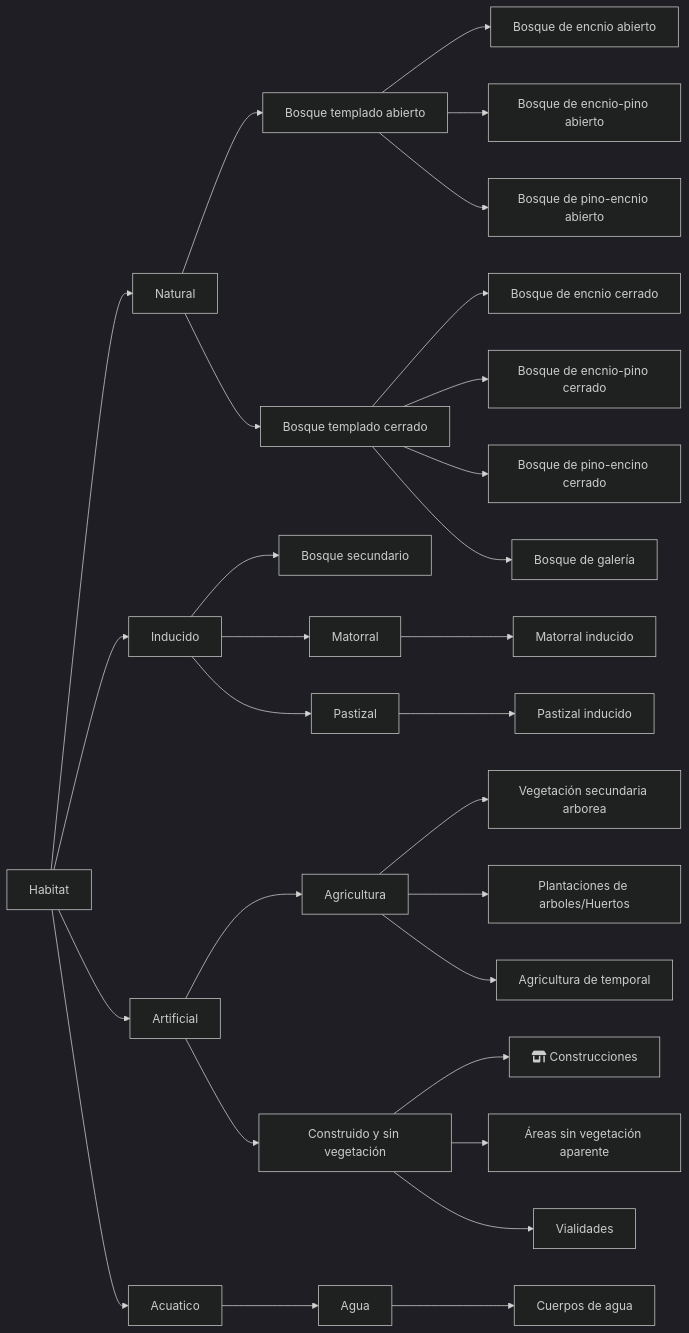
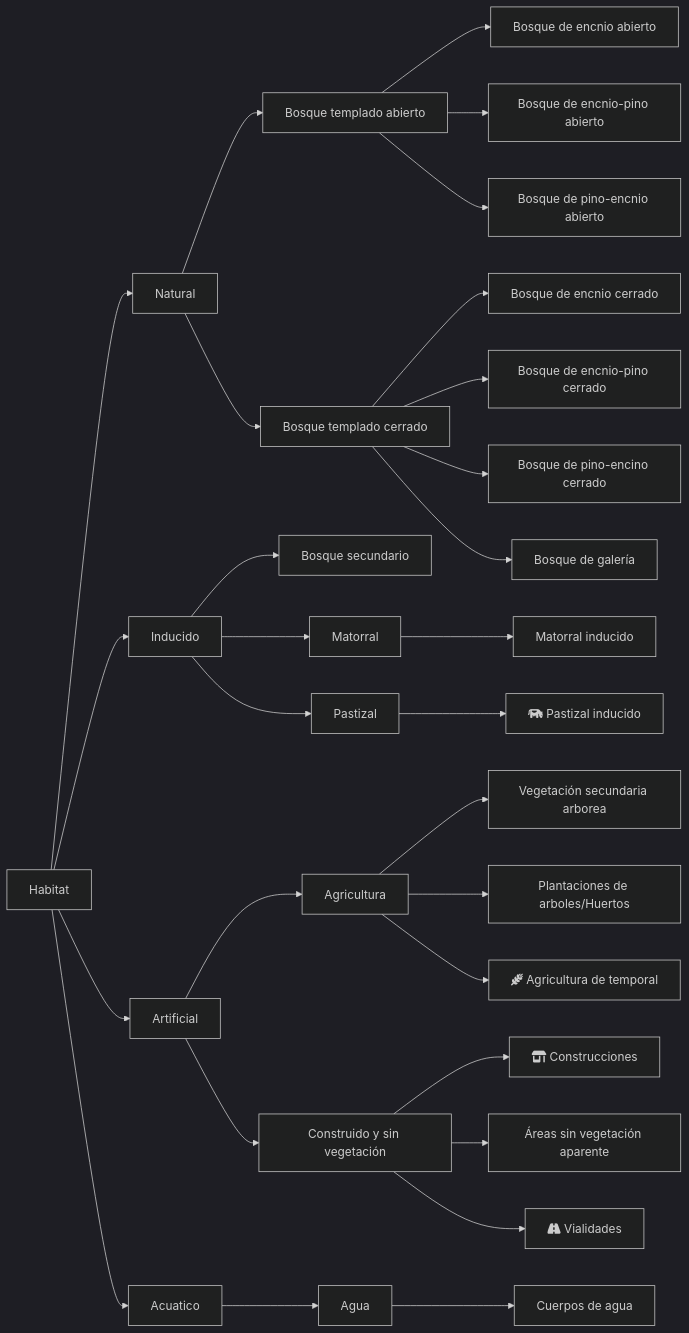
Before and after one commit to vshalisko/mixed_GIS_related_scripts: the diagram in LULC/Tapalpa_land_use.mermaid, drawn with Mermaid (dark theme).

```diff
--- a/LULC/Tapalpa_land_use.mermaid
+++ b/LULC/Tapalpa_land_use.mermaid
@@ -1,29 +1,29 @@
 flowchart LR
   A1[Habitat]-->B1[Natural]
   A1-->B2[Inducido]
   A1-->B3[Artificial]
   A1-->B4[Acuatico]
   B1-->C7[Bosque templado abierto]
   B1-->C8[Bosque templado cerrado]
   B2-->C6[Bosque secundario]
   B2-->C2[Matorral]
   B2-->C1[Pastizal]
   B3-->C3[Agricultura]
   B3-->C4[Construido y sin vegetación]
   B4-->C5[Agua]
-  C1-->D1[Pastizal inducido]
+  C1-->D1[fa:fa-cow Pastizal inducido]
   C2-->D2[Matorral inducido]
   C3-->D3[Vegetación secundaria arborea]
   C3-->D4[Plantaciones de arboles/Huertos]
-  C3-->D5[Agricultura de temporal]
+  C3-->D5[fa:fa-wheat-awn Agricultura de temporal]
   C4-->D6[fa:fa-shop Construcciones]
   C4-->D7[Áreas sin vegetación aparente]
-  C4-->D8[Vialidades]
+  C4-->D8[fa:fa-road Vialidades]
   C7-->D9[Bosque de encnio abierto]
   C8-->D10[Bosque de encnio cerrado]
   C7-->D11[Bosque de encnio-pino abierto]
   C8-->D12[Bosque de encnio-pino cerrado]
   C7-->D13[Bosque de pino-encnio abierto]
   C8-->D14[Bosque de pino-encino cerrado]
   C8-->D15[Bosque de galería]
   C5-->D16[Cuerpos de agua]
```
